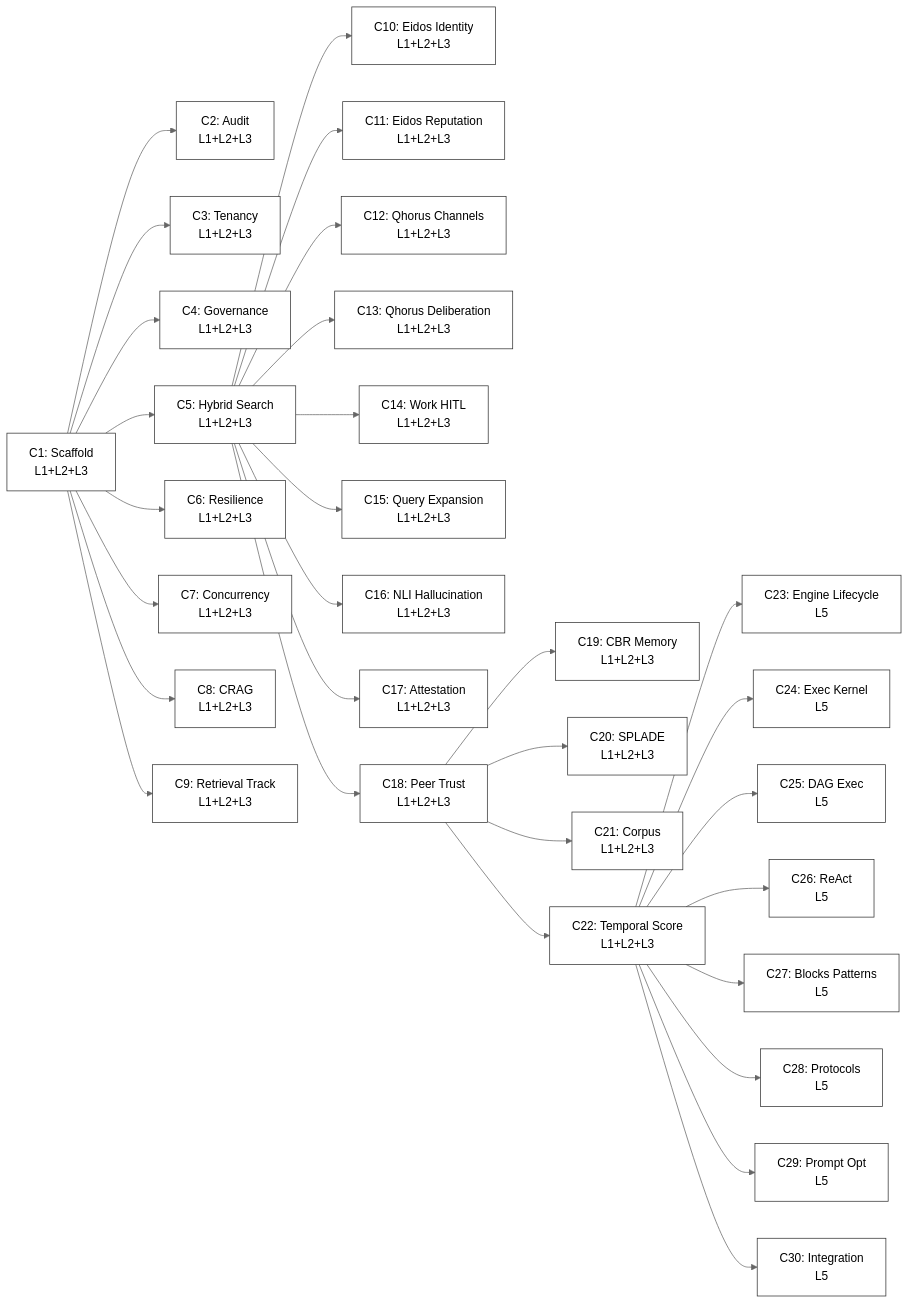
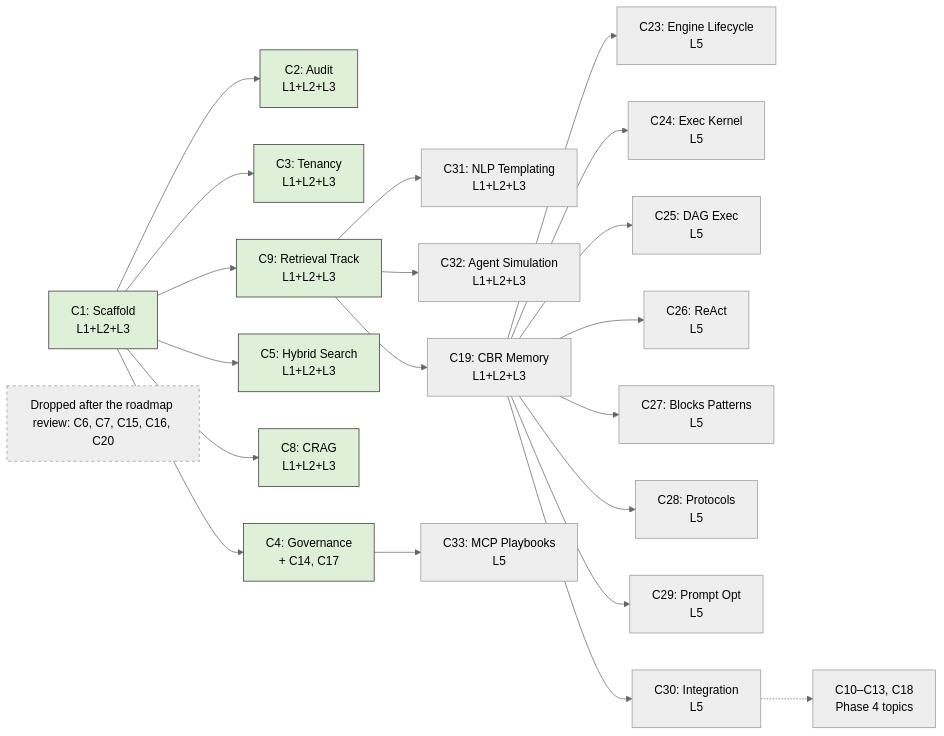
One commit to casehubio/casehub-langchain4j changed the seventh of 7 diagrams in ARC42STORIES.MD. Above: the diagram before and after it, drawn with Mermaid (neutral theme). The commit also changed other lines of this file, not shown here.

First line of the commit message:
docs(arc42): roadmap decisions from #32 and the community pipeline

````diff
--- a/ARC42STORIES.MD
+++ b/ARC42STORIES.MD
@@ -349,68 +351,37 @@
 ```mermaid
 flowchart LR
   C1["C1: Scaffold\nL1+L2+L3"]
 
   C1 --> C2["C2: Audit\nL1+L2+L3"]
   C1 --> C3["C3: Tenancy\nL1+L2+L3"]
-  C1 --> C4["C4: Governance\nL1+L2+L3"]
+  C1 --> C4["C4: Governance\n+ C14, C17"]
   C1 --> C5["C5: Hybrid Search\nL1+L2+L3"]
-  C1 --> C6["C6: Resilience\nL1+L2+L3"]
-  C1 --> C7["C7: Concurrency\nL1+L2+L3"]
   C1 --> C8["C8: CRAG\nL1+L2+L3"]
   C1 --> C9["C9: Retrieval Track\nL1+L2+L3"]
 
-  C5 --> C10["C10: Eidos Identity\nL1+L2+L3"]
-  C5 --> C11["C11: Eidos Reputation\nL1+L2+L3"]
-  C5 --> C12["C12: Qhorus Channels\nL1+L2+L3"]
-  C5 --> C13["C13: Qhorus Deliberation\nL1+L2+L3"]
-  C5 --> C14["C14: Work HITL\nL1+L2+L3"]
-  C5 --> C15["C15: Query Expansion\nL1+L2+L3"]
-  C5 --> C16["C16: NLI Hallucination\nL1+L2+L3"]
-  C5 --> C17["C17: Attestation\nL1+L2+L3"]
-  C5 --> C18["C18: Peer Trust\nL1+L2+L3"]
+  C9 --> C31["C31: NLP Templating\nL1+L2+L3"]
+  C9 --> C32["C32: Agent Simulation\nL1+L2+L3"]
+  C9 --> C19["C19: CBR Memory\nL1+L2+L3"]
+  C4 --> C33["C33: MCP Playbooks\nL5"]
 
-  C18 --> C19["C19: CBR Memory\nL1+L2+L3"]
-  C18 --> C20["C20: SPLADE\nL1+L2+L3"]
-  C18 --> C21["C21: Corpus\nL1+L2+L3"]
-  C18 --> C22["C22: Temporal Score\nL1+L2+L3"]
+  C19 --> C23["C23: Engine Lifecycle\nL5"]
+  C19 --> C24["C24: Exec Kernel\nL5"]
+  C19 --> C25["C25: DAG Exec\nL5"]
+  C19 --> C26["C26: ReAct\nL5"]
+  C19 --> C27["C27: Blocks Patterns\nL5"]
+  C19 --> C28["C28: Protocols\nL5"]
+  C19 --> C29["C29: Prompt Opt\nL5"]
+  C19 --> C30["C30: Integration\nL5"]
+  C30 -.-> P4["C10–C13, C18\nPhase 4 topics"]
 
-  C22 --> C23["C23: Engine Lifecycle\nL5"]
-  C22 --> C24["C24: Exec Kernel\nL5"]
-  C22 --> C25["C25: DAG Exec\nL5"]
-  C22 --> C26["C26: ReAct\nL5"]
-  C22 --> C27["C27: Blocks Patterns\nL5"]
-  C22 --> C28["C28: Protocols\nL5"]
-  C22 --> C29["C29: Prompt Opt\nL5"]
-  C22 --> C30["C30: Integration\nL5"]
+  Dropped["Dropped after the roadmap review: C6, C7, C15, C16, C20"]
 
-  style C1 fill:#FFFFFF,stroke:#333
-  style C2 fill:#FFFFFF,stroke:#333
-  style C3 fill:#FFFFFF,stroke:#333
-  style C4 fill:#FFFFFF,stroke:#333
-  style C5 fill:#FFFFFF,stroke:#333
-  style C6 fill:#FFFFFF,stroke:#333
-  style C7 fill:#FFFFFF,stroke:#333
-  style C8 fill:#FFFFFF,stroke:#333
-  style C9 fill:#FFFFFF,stroke:#333
-  style C10 fill:#FFFFFF,stroke:#333
-  style C11 fill:#FFFFFF,stroke:#333
-  style C12 fill:#FFFFFF,stroke:#333
-  style C13 fill:#FFFFFF,stroke:#333
-  style C14 fill:#FFFFFF,stroke:#333
-  style C15 fill:#FFFFFF,stroke:#333
-  style C16 fill:#FFFFFF,stroke:#333
-  style C17 fill:#FFFFFF,stroke:#333
-  style C18 fill:#FFFFFF,stroke:#333
-  style C19 fill:#FFFFFF,stroke:#333
-  style C20 fill:#FFFFFF,stroke:#333
-  style C21 fill:#FFFFFF,stroke:#333
-  style C22 fill:#FFFFFF,stroke:#333
-  style C23 fill:#FFFFFF,stroke:#333
-  style C24 fill:#FFFFFF,stroke:#333
-  style C25 fill:#FFFFFF,stroke:#333
-  style C26 fill:#FFFFFF,stroke:#333
-  style C27 fill:#FFFFFF,stroke:#333
-  style C28 fill:#FFFFFF,stroke:#333
-  style C29 fill:#FFFFFF,stroke:#333
-  style C30 fill:#FFFFFF,stroke:#333
+  style C1 fill:#DFF0D8,stroke:#333
+  style C2 fill:#DFF0D8,stroke:#333
+  style C3 fill:#DFF0D8,stroke:#333
+  style C4 fill:#DFF0D8,stroke:#333
+  style C5 fill:#DFF0D8,stroke:#333
+  style C8 fill:#DFF0D8,stroke:#333
+  style C9 fill:#DFF0D8,stroke:#333
+  style Dropped fill:#EEEEEE,stroke:#999,stroke-dasharray: 4
 ```
````
